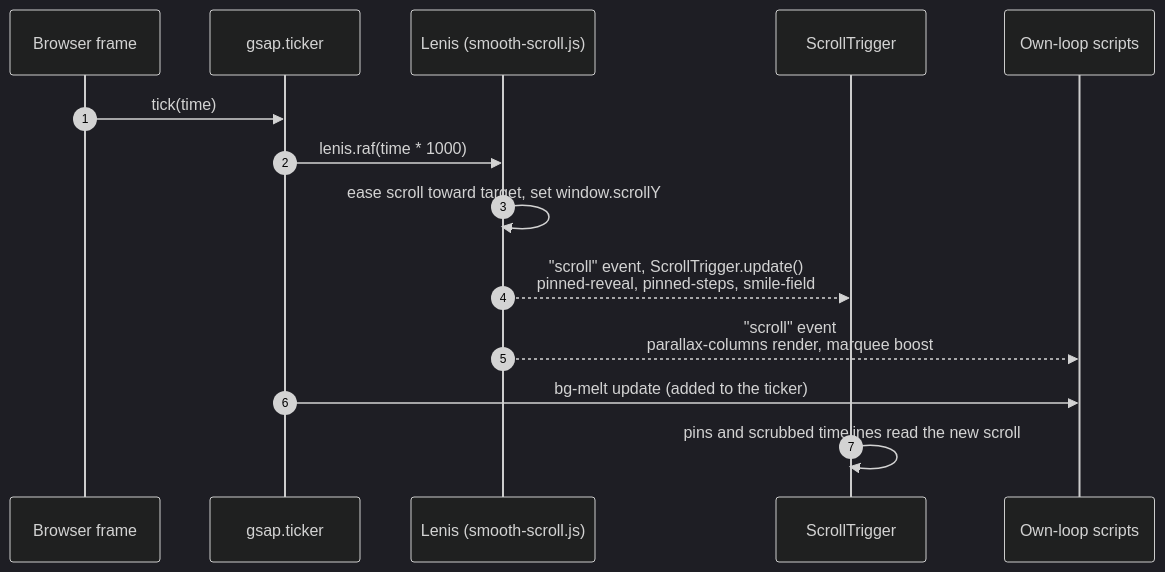
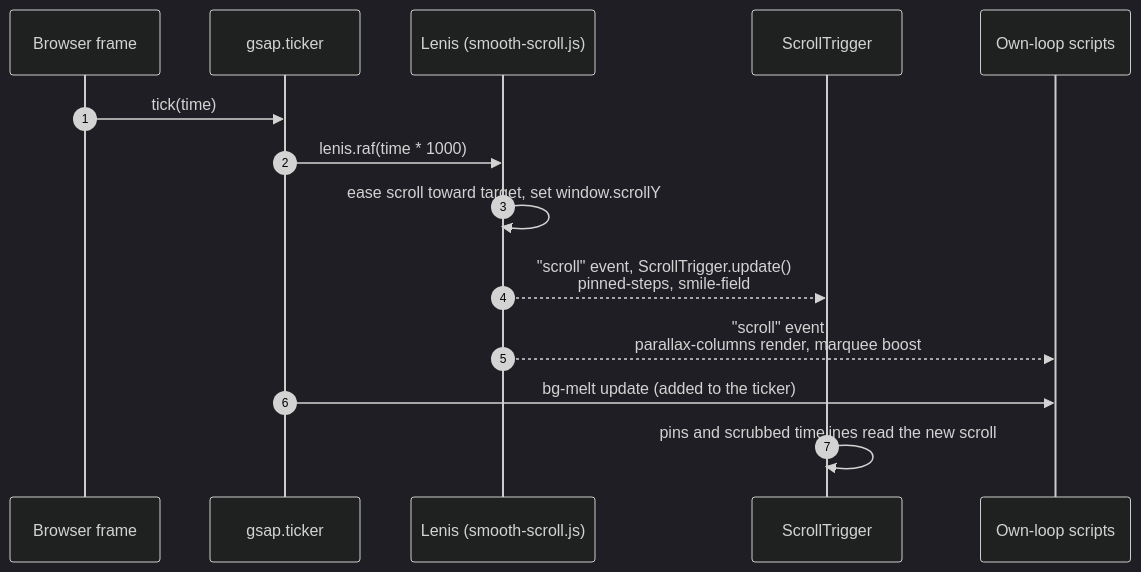
One commit to Harvey-AU/harvey-website-2026 changed the second of 4 diagrams in docs/ARCHITECTURE.md. Above: the diagram before and after it, drawn with Mermaid (dark theme). The commit also changed other lines of this file and 4 other files, not shown here.

First line of the commit message:
Remove impact-goals and pinned-reveal scripts, now Webflow Interactions (#19)

````diff
--- a/docs/ARCHITECTURE.md
+++ b/docs/ARCHITECTURE.md
@@ -56,17 +55,17 @@
 ```mermaid
 sequenceDiagram
   autonumber
   participant RAF as Browser frame
   participant Ticker as gsap.ticker
   participant Lenis as Lenis (smooth-scroll.js)
   participant ST as ScrollTrigger
   participant Own as Own-loop scripts
 
   RAF->>Ticker: tick(time)
   Ticker->>Lenis: lenis.raf(time * 1000)
   Lenis->>Lenis: ease scroll toward target, set window.scrollY
-  Lenis-->>ST: "scroll" event, ScrollTrigger.update()<br/>pinned-reveal, pinned-steps, smile-field
+  Lenis-->>ST: "scroll" event, ScrollTrigger.update()<br/>pinned-steps, smile-field
   Lenis-->>Own: "scroll" event<br/>parallax-columns render, marquee boost
   Ticker->>Own: bg-melt update (added to the ticker)
   ST->>ST: pins and scrubbed timelines read the new scroll
 ```
````
